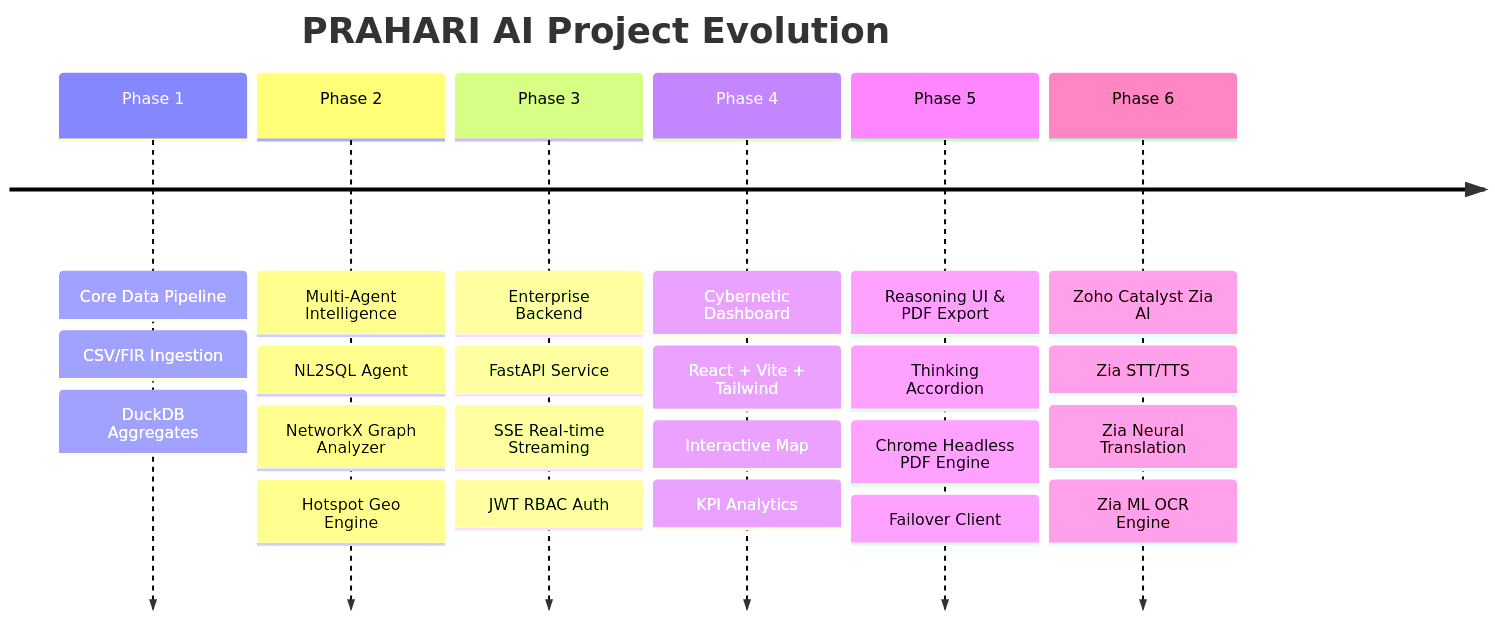
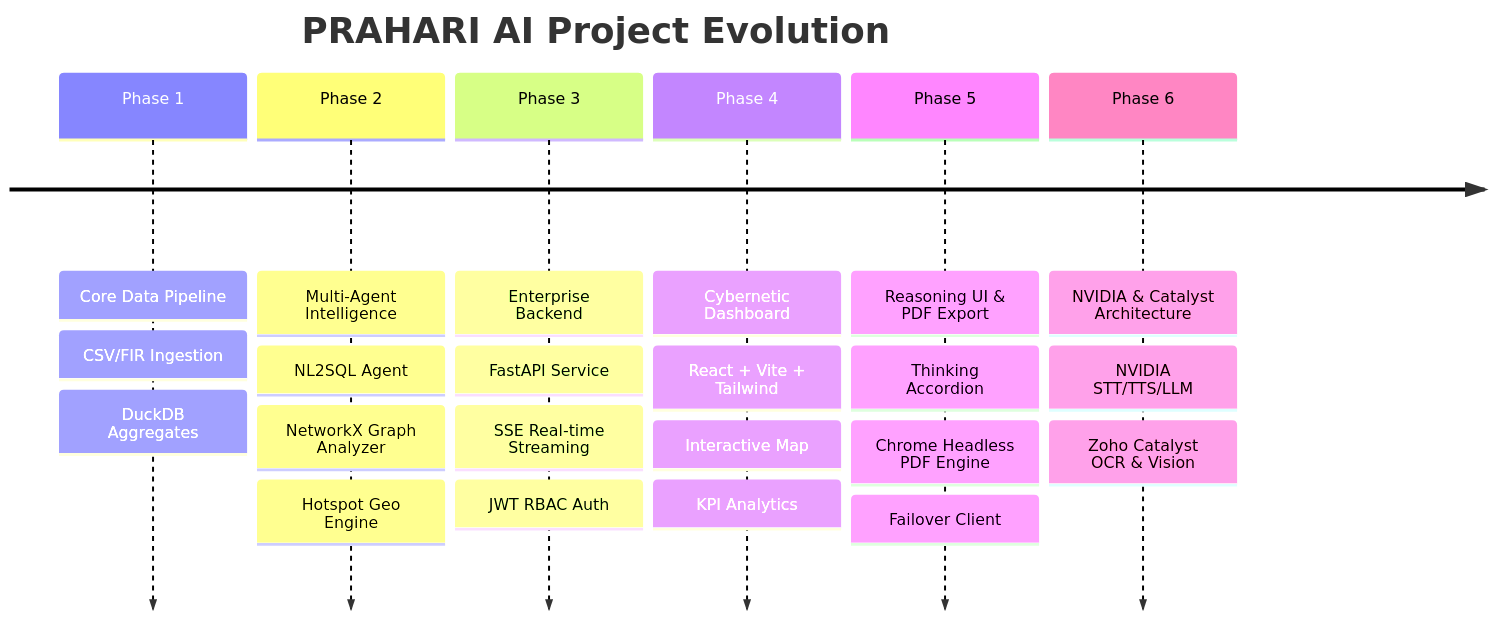
Before and after one commit to Dharaneesh20/PRAHARI: the diagram in README.md, drawn with Mermaid. The commit also changed other lines of this file and 31 other files, not shown here.

Commit message:
refactor: align backend and frontend with Zoho Catalyst Quick ML & NVIDIA AI Hosted APIs, fix light mode UI and KPI dashboard

````diff
--- a/README.md
+++ b/README.md
@@ -85,10 +63,10 @@
 ```mermaid
 timeline
     title PRAHARI AI Project Evolution
     Phase 1 : Core Data Pipeline : CSV/FIR Ingestion : DuckDB Aggregates
     Phase 2 : Multi-Agent Intelligence : NL2SQL Agent : NetworkX Graph Analyzer : Hotspot Geo Engine
     Phase 3 : Enterprise Backend : FastAPI Service : SSE Real-time Streaming : JWT RBAC Auth
     Phase 4 : Cybernetic Dashboard : React + Vite + Tailwind : Interactive Map : KPI Analytics
     Phase 5 : Reasoning UI & PDF Export : Thinking Accordion : Chrome Headless PDF Engine : Failover Client
-    Phase 6 : Zoho Catalyst Zia AI : Zia STT/TTS : Zia Neural Translation : Zia ML OCR Engine
+    Phase 6 : NVIDIA & Catalyst Architecture : NVIDIA STT/TTS/LLM : Zoho Catalyst OCR & Vision
 ```
````
